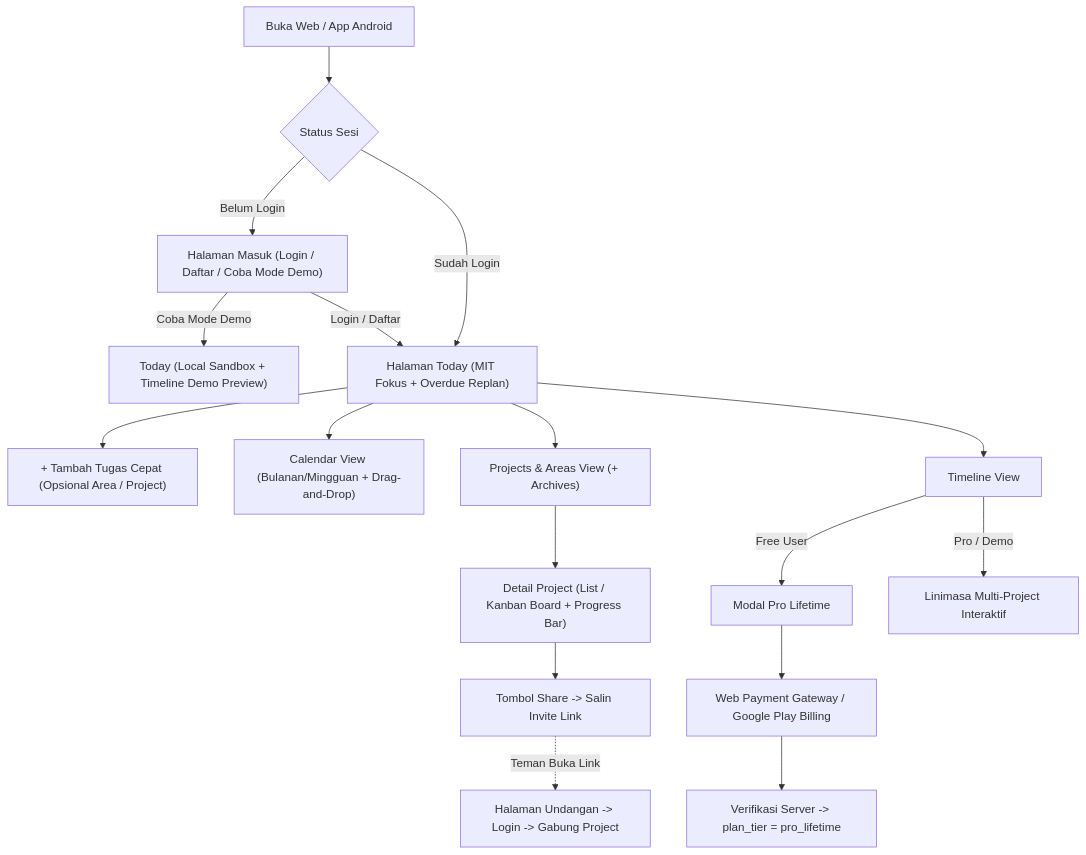
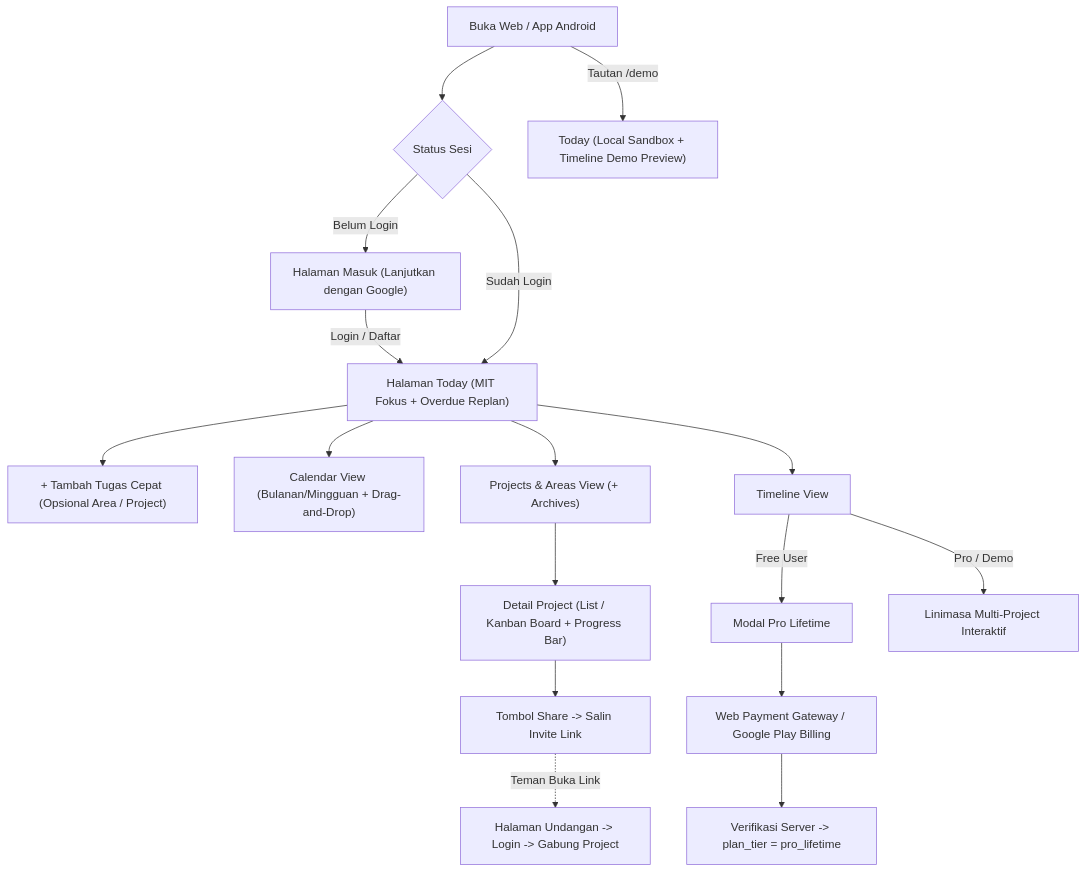
The diagram in docs/PRD.md (darvaaph/task-management), drawn with Mermaid before and after one commit. The commit also changed other lines of this file and 14 other files, not shown here.

````diff
--- a/docs/PRD.md
+++ b/docs/PRD.md
@@ -146,22 +146,22 @@
 ```mermaid
 flowchart TD
     Start["Buka Web / App Android"] --> Auth{"Status Sesi"}
-    Auth -- "Belum Login" --> Landing["Halaman Masuk (Login / Daftar / Coba Mode Demo)"]
-    Landing -- "Coba Mode Demo" --> Demo["Today (Local Sandbox + Timeline Demo Preview)"]
+    Auth -- "Belum Login" --> Landing["Halaman Masuk (Lanjutkan dengan Google)"]
+    Start -- "Tautan /demo" --> Demo["Today (Local Sandbox + Timeline Demo Preview)"]
     Landing -- "Login / Daftar" --> Today["Halaman Today (MIT Fokus + Overdue Replan)"]
     Auth -- "Sudah Login" --> Today
 
     Today --> QuickAdd["+ Tambah Tugas Cepat (Opsional Area / Project)"]
     Today --> Cal["Calendar View (Bulanan/Mingguan + Drag-and-Drop)"]
     Today --> ProjList["Projects & Areas View (+ Archives)"]
     Today --> Timeline["Timeline View"]
 
     ProjList --> ProjDetail["Detail Project (List / Kanban Board + Progress Bar)"]
     ProjDetail --> Share["Tombol Share -> Salin Invite Link"]
     Share -. "Teman Buka Link" .-> Join["Halaman Undangan -> Login -> Gabung Project"]
 
     Timeline -- "Free User" --> Paywall["Modal Pro Lifetime"]
     Timeline -- "Pro / Demo" --> Gantt["Linimasa Multi-Project Interaktif"]
     Paywall --> Checkout["Web Payment Gateway / Google Play Billing"]
     Checkout --> Verify["Verifikasi Server -> plan_tier = pro_lifetime"]
 ```
````
